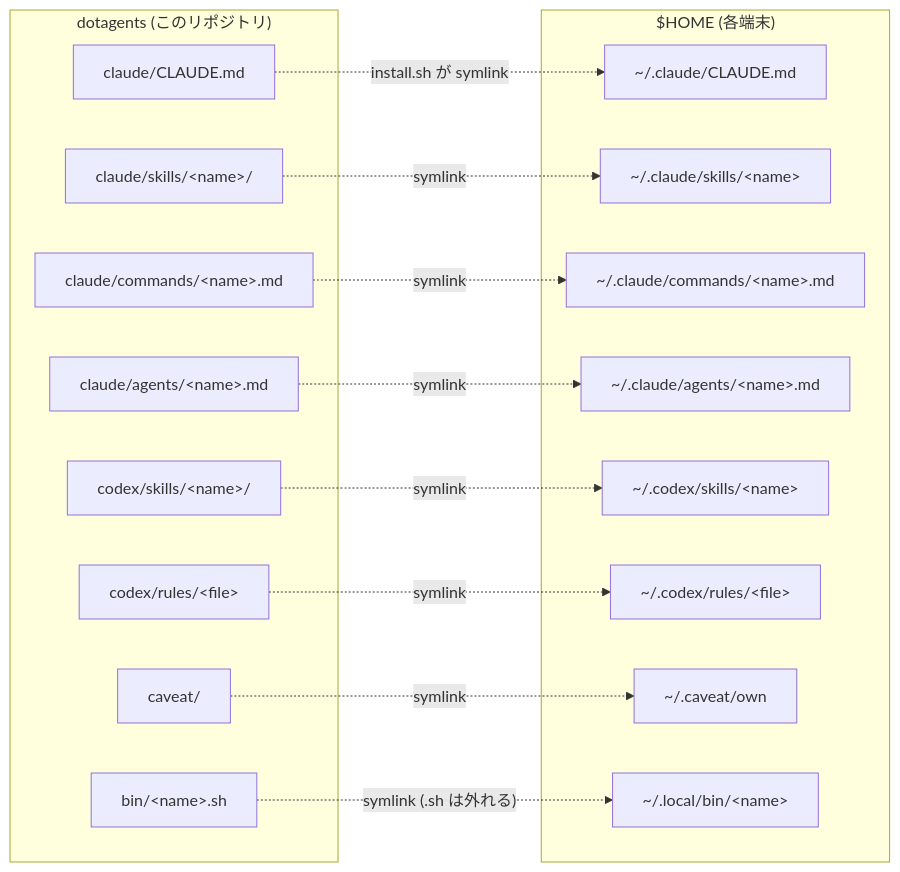
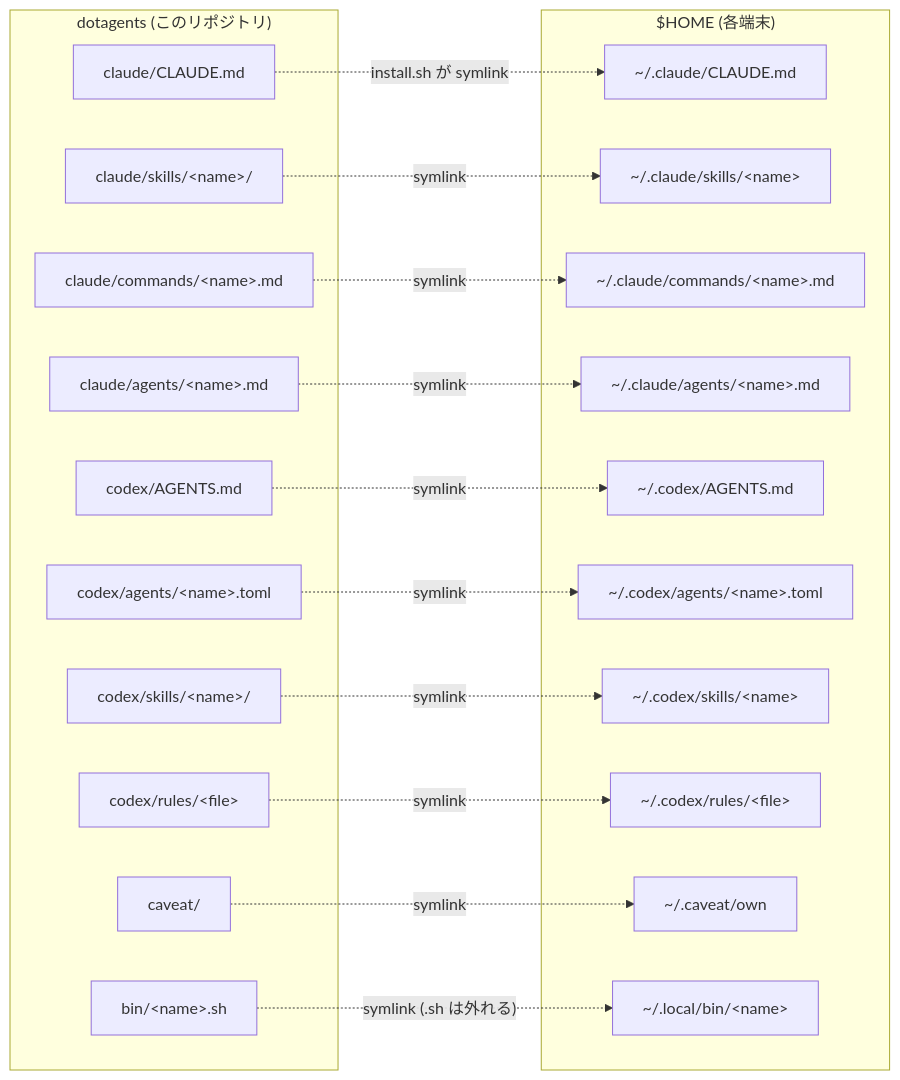
One commit to kitepon-rgb/dotagents changed the diagram in README.md. Above: the diagram before and after it, drawn with Mermaid. The commit also changed other lines of this file and 25 other files, not shown here.

````diff
--- a/README.md
+++ b/README.md
@@ -30,31 +32,37 @@
 ```mermaid
 flowchart LR
   subgraph repo["dotagents (このリポジトリ)"]
     gcm["claude/CLAUDE.md"]
     cs["claude/skills/&lt;name&gt;/"]
     cc["claude/commands/&lt;name&gt;.md"]
     ca["claude/agents/&lt;name&gt;.md"]
+    xam["codex/AGENTS.md"]
+    xca["codex/agents/&lt;name&gt;.toml"]
     xs["codex/skills/&lt;name&gt;/"]
     xr["codex/rules/&lt;file&gt;"]
     cv["caveat/"]
     bin["bin/&lt;name&gt;.sh"]
   end
   subgraph home["$HOME (各端末)"]
     hgcm["~/.claude/CLAUDE.md"]
     hcs["~/.claude/skills/&lt;name&gt;"]
     hcc["~/.claude/commands/&lt;name&gt;.md"]
     hca["~/.claude/agents/&lt;name&gt;.md"]
+    hxam["~/.codex/AGENTS.md"]
+    hxca["~/.codex/agents/&lt;name&gt;.toml"]
     hxs["~/.codex/skills/&lt;name&gt;"]
     hxr["~/.codex/rules/&lt;file&gt;"]
     hcv["~/.caveat/own"]
     hbin["~/.local/bin/&lt;name&gt;"]
   end
   gcm -. "install.sh が symlink" .-> hgcm
   cs -. symlink .-> hcs
   cc -. symlink .-> hcc
   ca -. symlink .-> hca
+  xam -. symlink .-> hxam
+  xca -. symlink .-> hxca
   xs -. symlink .-> hxs
   xr -. symlink .-> hxr
   cv -. symlink .-> hcv
   bin -. "symlink (.sh は外れる)" .-> hbin
 ```
````
